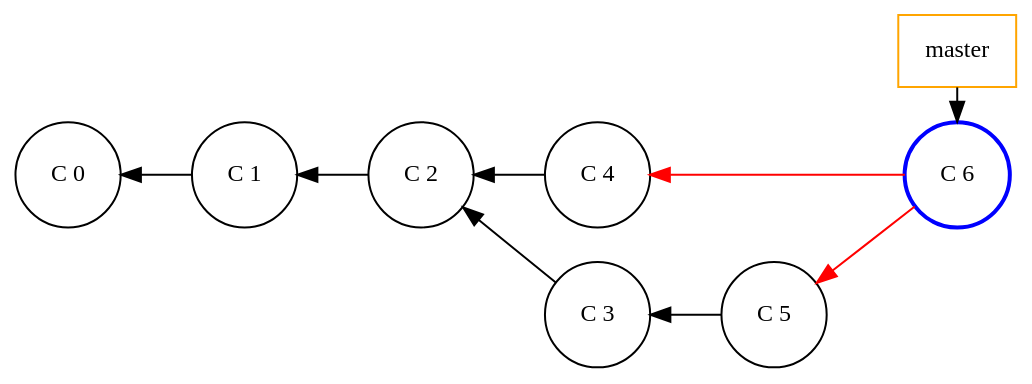
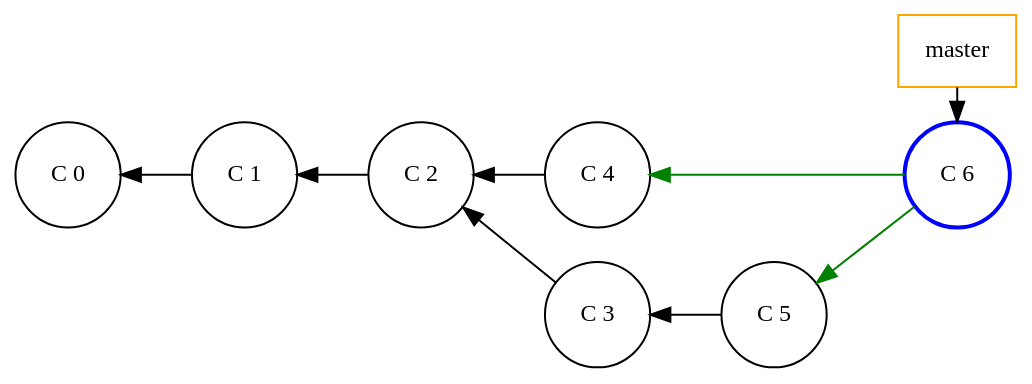
Before and after one commit to Gepardec/git-training: the diagram in slides/intro/src/docs/asciidoc/graphviz/git-merge-2.dot, drawn with Graphviz. The commit also changed 8 other files, not shown here.

```diff
--- a/slides/intro/src/docs/asciidoc/graphviz/git-merge-2.dot
+++ b/slides/intro/src/docs/asciidoc/graphviz/git-merge-2.dot
@@ -1,39 +1,40 @@
 digraph git_merge_fast_fwd {
     splines=line
     rankdir=LR
     bgcolor=transparent
 
     node[width=0.3, shape=rect,fontsize=12.0, style="", color=orange]
     edge[dir=back, style=""]
     master [label="master"]
 
     node[shape=circle,fontsize=12.0, style="", color=""]
     edge[dir=back, style=""]
 
     c_0 [label="C 0", group=master]
     c_1 [label="C 1", group=master]
     c_2 [label="C 2", group=master]
     c_4 [label="C 4", group=master]
     c_5 [label="C 5", group=branch]
     c_3 [label="C 3", group=branch]
 
     /* Marked nodes */
     node[shape=circle, color=blue, style=bold]
     c_6 [label="C 6", group=master]
 
     edge[style=""]
     c_0 -> c_1 -> c_2
     c_2 -> c_4
     c_2 -> c_3
     c_3 -> c_5
 
     edge[color=""]
     master -> c_6 [dir=""]
 
-    c_4 -> c_6 [color=red]
-    c_5 -> c_6 [color=red]
+    edge[color=green]
+    c_4 -> c_6
+    c_5 -> c_6
 
     {rank=same; c_4 c_3}
     {rank=same; master c_6}
 
 }
```
